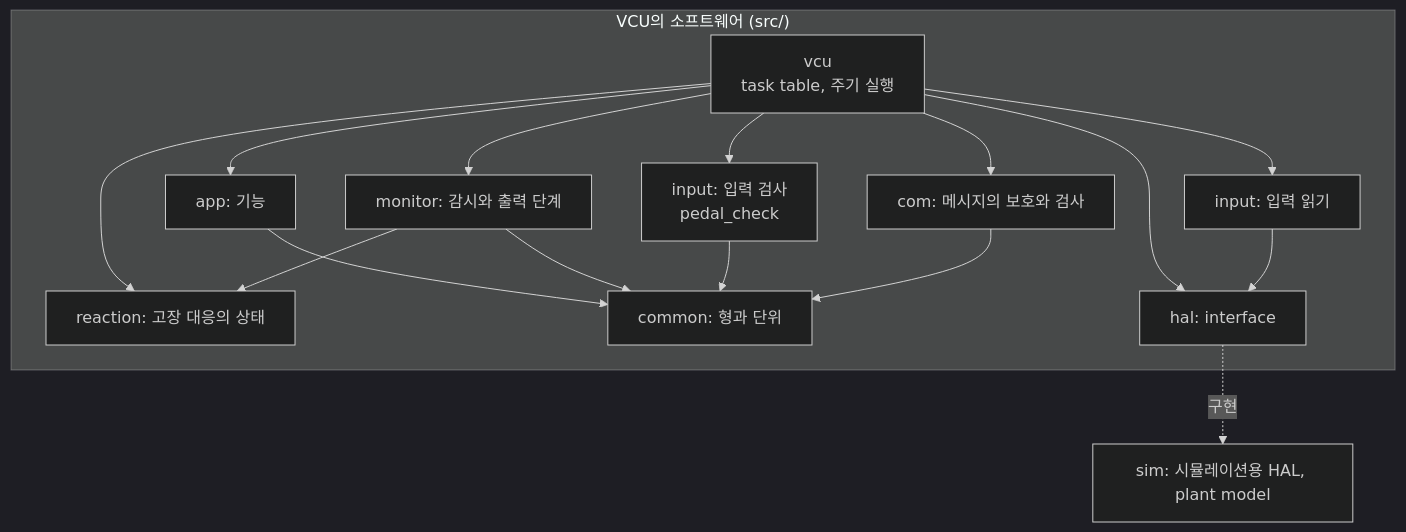
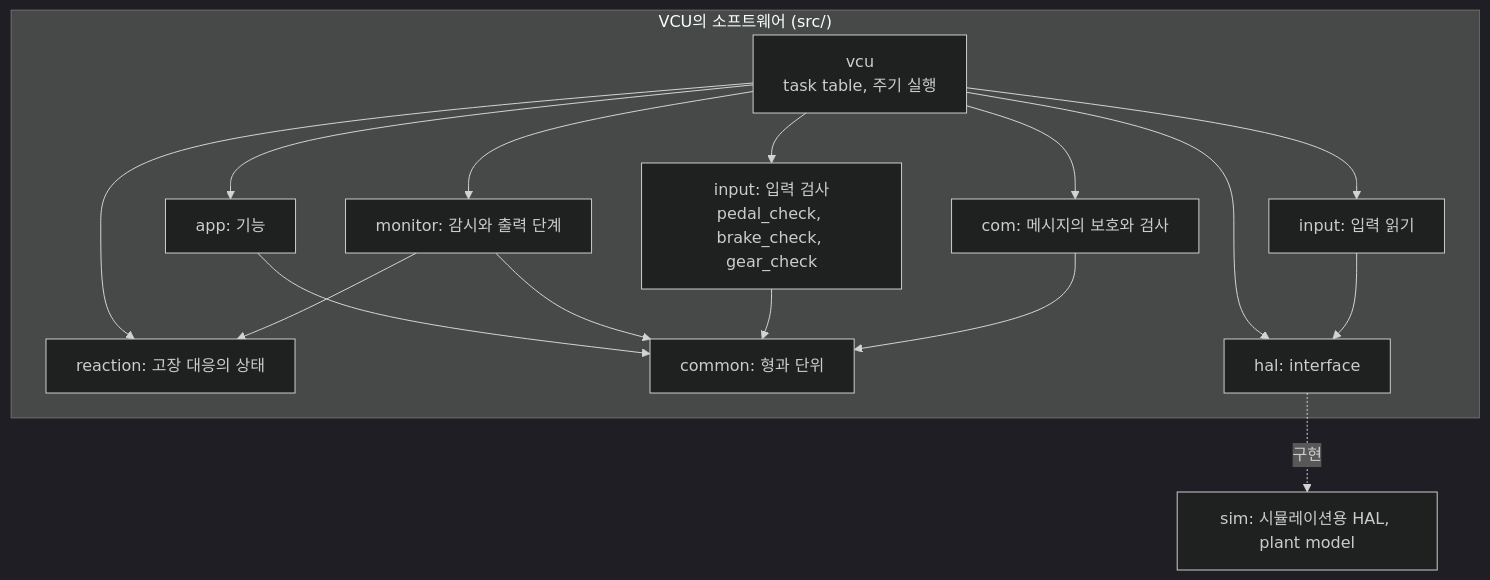
One commit to danielhongwoo/fusa changed the first of 2 diagrams in example/drive-torque/docs/architecture.md. Above: the diagram before and after it, drawn with Mermaid (dark theme). The commit also changed other lines of this file and 24 other files, not shown here.

````diff
--- a/example/drive-torque/docs/architecture.md
+++ b/example/drive-torque/docs/architecture.md
@@ -7,29 +7,29 @@
 ```mermaid
 flowchart TD
     subgraph VCU["VCU의 소프트웨어 (src/)"]
         TASK["vcu<br/>task table, 주기 실행"]
         READ["input: 입력 읽기"]
-        CHK["input: 입력 검사<br/>pedal_check"]
+        CHK["input: 입력 검사<br/>pedal_check, brake_check, gear_check"]
         APP["app: 기능"]
         MON["monitor: 감시와 출력 단계"]
         REACT["reaction: 고장 대응의 상태"]
         COM["com: 메시지의 보호와 검사"]
         TYPES["common: 형과 단위"]
         HAL["hal: interface"]
     end
     SIM["sim: 시뮬레이션용 HAL, plant model"]
     TASK --> READ
     TASK --> CHK
     TASK --> APP
     TASK --> MON
     TASK --> REACT
     TASK --> COM
     TASK --> HAL
     MON --> REACT
     READ --> HAL
     APP --> TYPES
     MON --> TYPES
     CHK --> TYPES
     COM --> TYPES
     HAL -. "구현" .-> SIM
 ```
````
